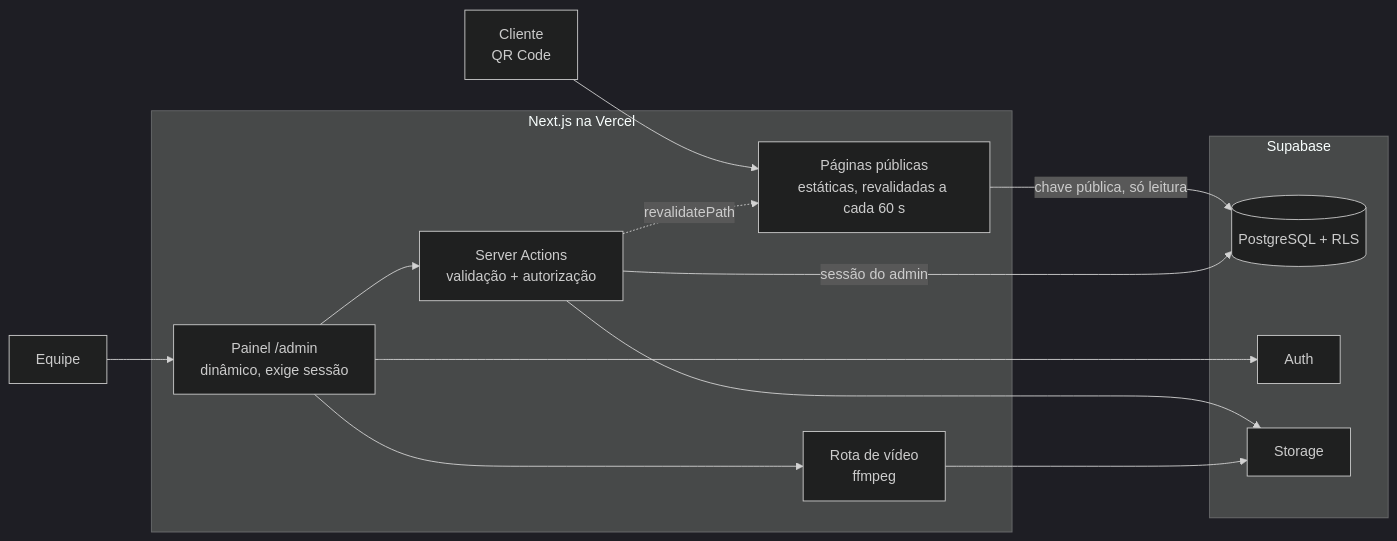
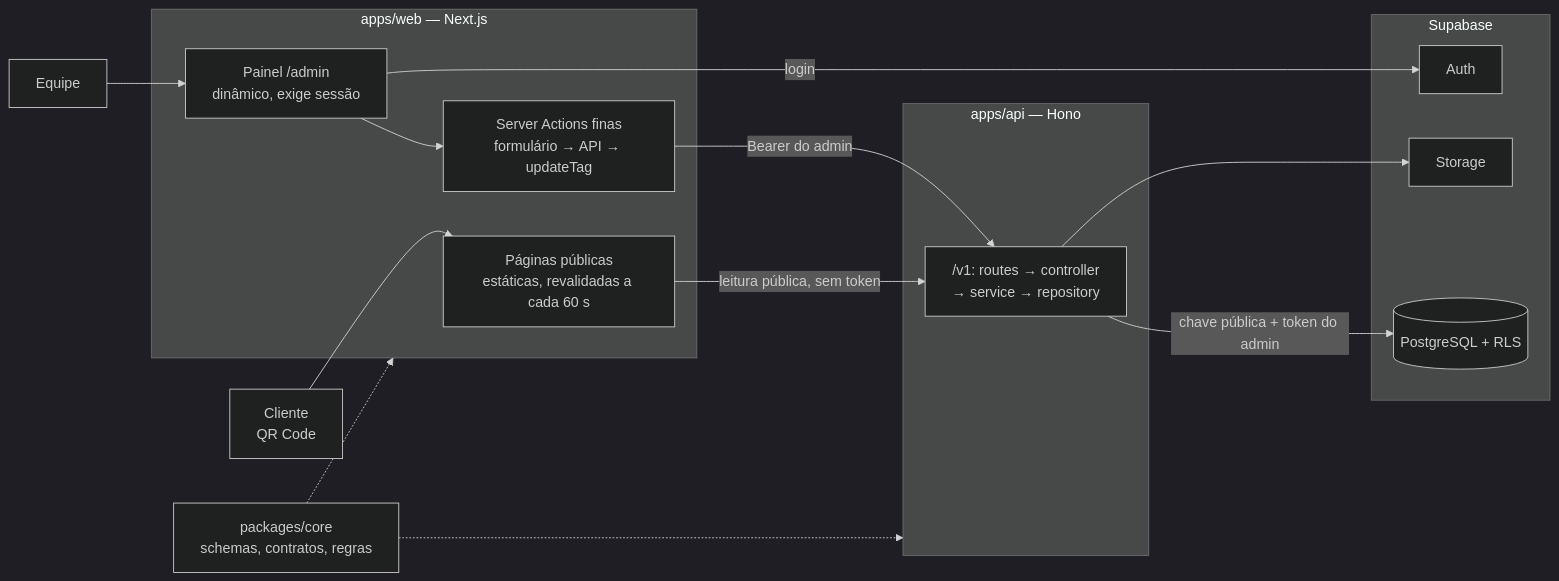
One commit to ManuelFernandoCunhaRodrigues/cardapio-nfc changed the diagram in README.md. Above: the diagram before and after it, drawn with Mermaid (dark theme). The commit also changed other lines of this file and 4 other files, not shown here.

````diff
--- a/README.md
+++ b/README.md
@@ -43,27 +46,30 @@
 ```mermaid
 flowchart LR
   Cliente["Cliente<br/>QR Code"] --> Publico
   Equipe[Equipe] --> Painel
 
-  subgraph Next["Next.js na Vercel"]
+  subgraph Web["apps/web — Next.js"]
     Publico["Páginas públicas<br/>estáticas, revalidadas a cada 60 s"]
     Painel["Painel /admin<br/>dinâmico, exige sessão"]
-    Actions["Server Actions<br/>validação + autorização"]
-    Video["Rota de vídeo<br/>ffmpeg"]
+    Actions["Server Actions finas<br/>formulário → API → updateTag"]
     Painel --> Actions
-    Painel --> Video
+  end
+
+  subgraph Api["apps/api — Hono"]
+    Rotas["/v1: routes → controller<br/>→ service → repository"]
   end
 
   subgraph Supa["Supabase"]
     Banco[(PostgreSQL + RLS)]
     Auth[Auth]
     Storage[Storage]
   end
 
-  Publico -- chave pública, só leitura --> Banco
-  Actions -- sessão do admin --> Banco
-  Actions --> Storage
-  Video --> Storage
-  Painel --> Auth
-  Actions -. revalidatePath .-> Publico
+  Publico -- leitura pública, sem token --> Rotas
+  Actions -- Bearer do admin --> Rotas
+  Rotas -- chave pública + token do admin --> Banco
+  Rotas --> Storage
+  Painel -- login --> Auth
+  Core["packages/core<br/>schemas, contratos, regras"] -.-> Web
+  Core -.-> Api
 ```
````
